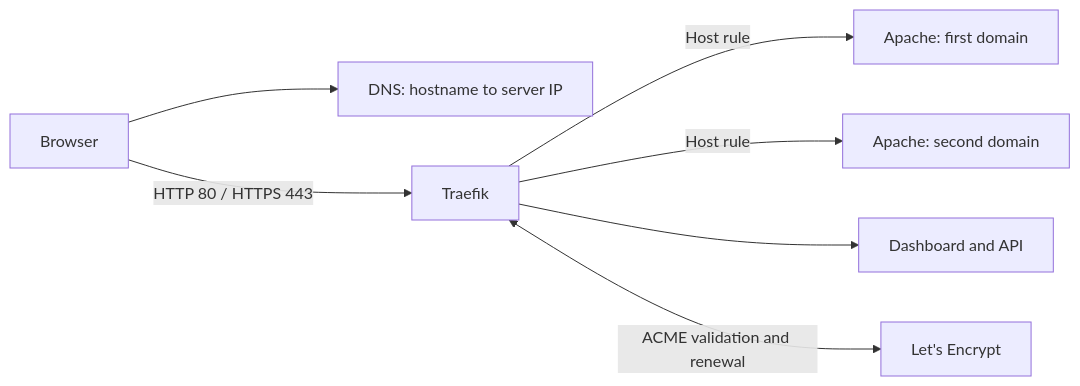
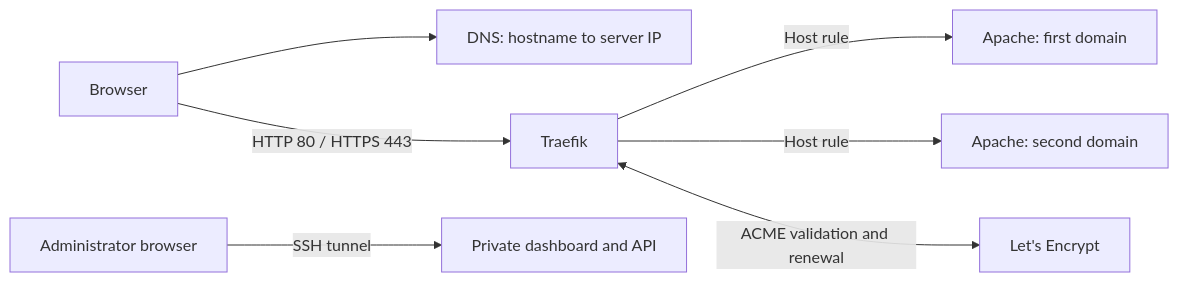
The diagram in README.md (kaw393939/373_hosting), drawn with Mermaid before and after one commit. The commit also changed other lines of this file and 23 other files, not shown here.

Commit message:
Restrict Traefik management to an SSH tunnel with verified migration

````diff
--- a/README.md
+++ b/README.md
@@ -15,9 +15,9 @@
 ```mermaid
 flowchart LR
     Browser --> DNS[DNS: hostname to server IP]
     Browser -->|HTTP 80 / HTTPS 443| Traefik
     Traefik -->|Host rule| ApacheA[Apache: first domain]
     Traefik -->|Host rule| ApacheB[Apache: second domain]
-    Traefik --> Dashboard[Dashboard and API]
+    Admin[Administrator browser] -->|SSH tunnel| Dashboard[Private dashboard and API]
     Traefik <-->|ACME validation and renewal| LE[Let's Encrypt]
 ```
````
